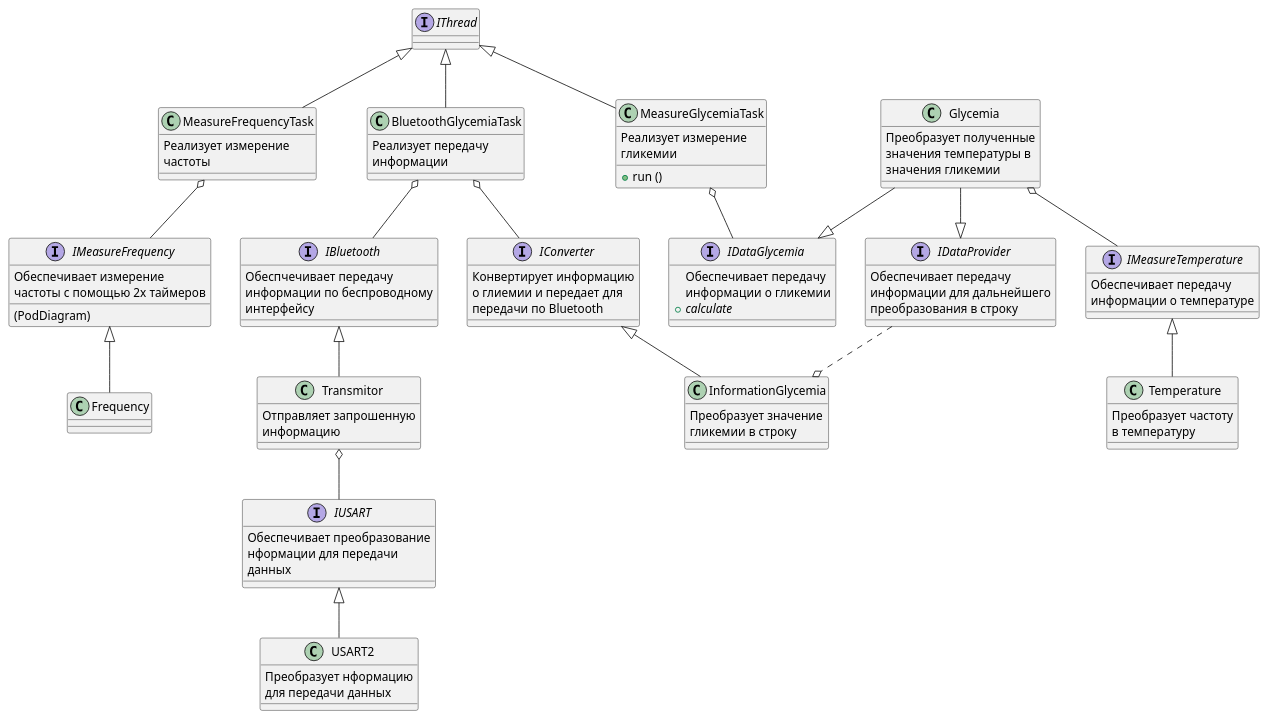
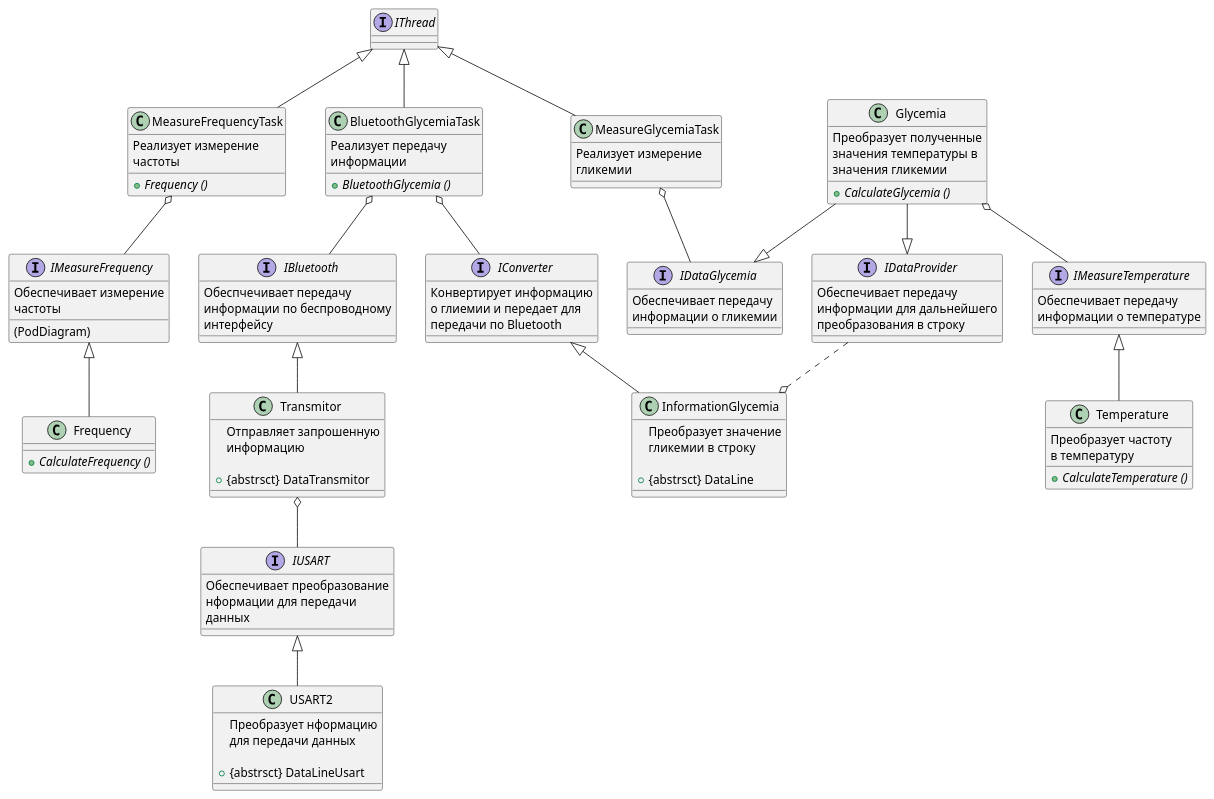
Before and after one commit to Luda-Seliv-KE-413/Kursovoy: the diagram in DOC/Diagram.puml, drawn with PlantUML. The commit also changed 2 other files, not shown here.

```diff
--- a/DOC/Diagram.puml
+++ b/DOC/Diagram.puml
@@ -1,111 +1,126 @@
 @startuml main 
 
 interface IThread
 class MeasureGlycemiaTask
 {
     Реализует измерение
     гликемии
-    + run ()
 }
 class Glycemia
 {
     Преобразует полученные
     значения температуры в
     значения гликемии
+
+     + {abstract} CalculateGlycemia ()
 }
 interface IMeasureTemperature
 {
     Обеспечивает передачу
     информации о температуре
 }
 class Temperature
 {
     Преобразует частоту
     в температуру
+
+     + {abstract} CalculateTemperature ()
 }
 class MeasureFrequencyTask
 {
     Реализует измерение
     частоты
+
+    + {abstract} Frequency ()
 }
 interface IMeasureFrequency
 {
     Обеспечивает измерение
-    частоты с помощью 2х таймеров
+    частоты
     (PodDiagram)
 }
 class Frequency
+{
+     + {abstract} CalculateFrequency ()
+}
 
 IThread <|-down- MeasureGlycemiaTask
 IDataGlycemia -up-o MeasureGlycemiaTask
 IDataGlycemia <|-up- Glycemia
 IMeasureTemperature -up-o Glycemia
 Temperature -up-|> IMeasureTemperature
 Frequency -up-|> IMeasureFrequency
 MeasureFrequencyTask -up-|> IThread
 IMeasureFrequency -up-o MeasureFrequencyTask
 
 class BluetoothGlycemiaTask
 {
     Реализует передачу
     информации
+
+     + {abstract} BluetoothGlycemia ()
 }
 class USART2
 {
     Преобразует нформацию
     для передачи данных
+    
+    + {abstrsct} DataLineUsart
 }
 class Transmitor
 {
     Отправляет запрошенную
     информацию
+    
+    + {abstrsct} DataTransmitor
 }
 interface IDataGlycemia
 {
     Обеспечивает передачу
     информации о гликемии
-    + {abstract} calculate
 }
 class InformationGlycemia
 {
     Преобразует значение 
     гликемии в строку
+    
+    + {abstrsct} DataLine
 }
 interface IBluetooth
 {
     Обеспчечивает передачу 
     информации по беспроводному
     интерфейсу
 }
 interface IUSART
 {
     Обеспечивает преобразование 
     нформации для передачи 
     данных
 }
 interface IConverter
 {
     Конвертирует информацию 
     о глиемии и передает для 
     передачи по Bluetooth
 }
 interface IDataProvider
 {
     Обеспечивает передачу 
     информации для дальнейшего 
     преобразования в строку
 }
 
 IThread <|-- BluetoothGlycemiaTask
 BluetoothGlycemiaTask o-- IBluetooth
 Transmitor -up-|> IBluetooth
 IUSART -up-o Transmitor
 USART2 -up-|> IUSART
 InformationGlycemia -up-|> IConverter
 IConverter -up-o BluetoothGlycemiaTask
 
 
 InformationGlycemia o.up.IDataProvider
 Glycemia --|> IDataProvider
 
 @enduml
```
